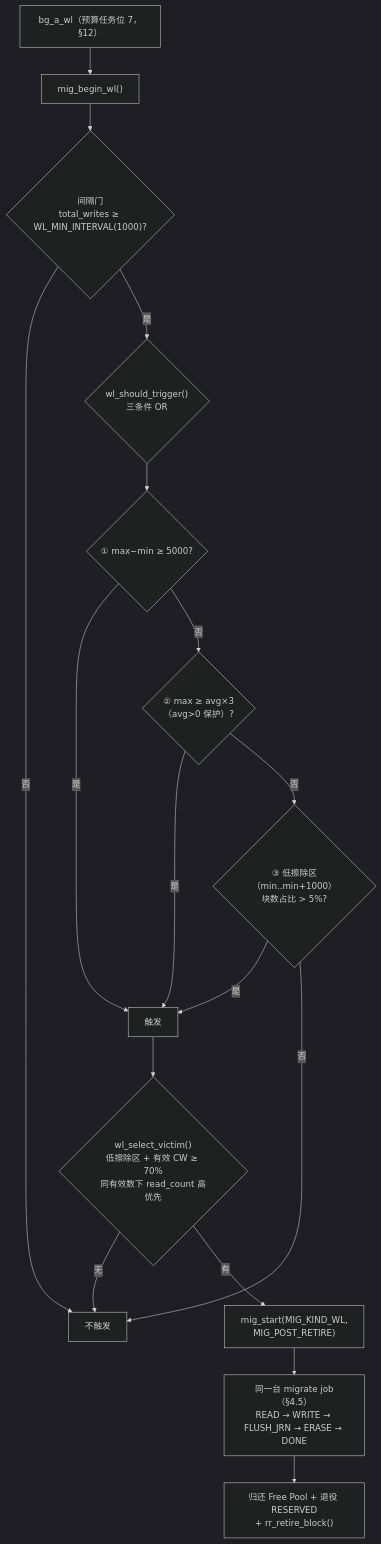
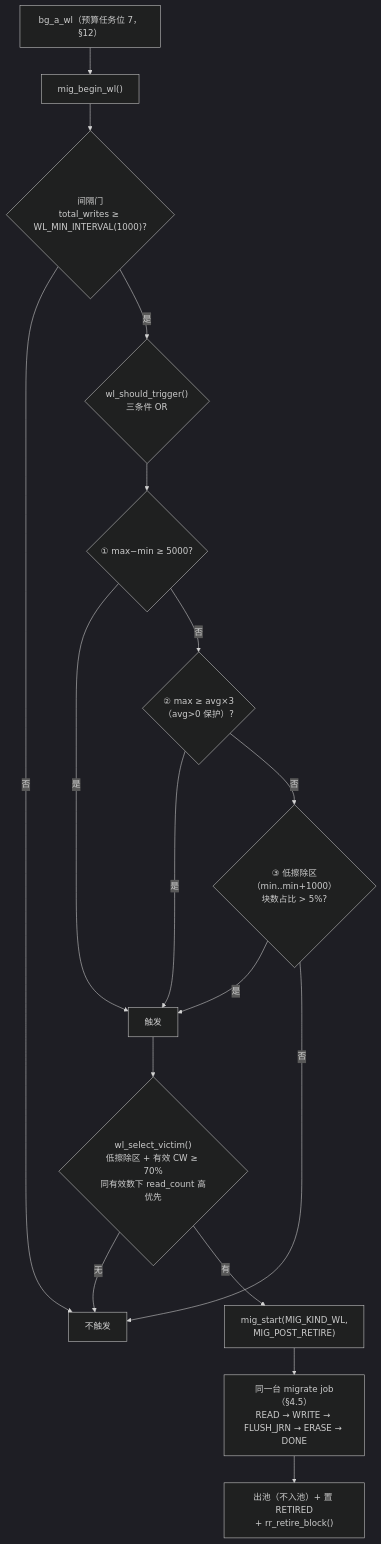
One commit to YzYMIAO/BASESSD changed the seventh of 17 diagrams in docs/design/ftl_design.md. Above: the diagram before and after it, drawn with Mermaid (dark theme). The commit also changed other lines of this file and 29 other files, not shown here.

First line of the commit message:
refactor(ftl): 块状态位图拍平为互斥枚举 + 声明就近 + super_block 改名 is_open

````diff
--- a/docs/design/ftl_design.md
+++ b/docs/design/ftl_design.md
@@ -1426,19 +1515,19 @@
 ```mermaid
 flowchart TD
     WL["bg_a_wl（预算任务位 7，§12）"] --> BEGIN["mig_begin_wl()"]
     BEGIN --> GATE{"间隔门<br/>total_writes ≥ WL_MIN_INTERVAL(1000)?"}
     GATE -- 否 --> NONE["不触发"]
     GATE -- 是 --> TRIG{"wl_should_trigger()<br/>三条件 OR"}
     TRIG --> C1{"① max−min ≥ 5000?"}
     C1 -- 是 --> HIT
     C1 -- 否 --> C2{"② max ≥ avg×3<br/>（avg>0 保护）?"}
     C2 -- 是 --> HIT
     C2 -- 否 --> C3{"③ 低擦除区（min..min+1000）<br/>块数占比 > 5%?"}
     C3 -- 是 --> HIT
     C3 -- 否 --> NONE
     HIT["触发"] --> VICT{"wl_select_victim()<br/>低擦除区 + 有效 CW ≥ 70%<br/>同有效数下 read_count 高优先"}
     VICT -- 无 --> NONE
     VICT -- 有 --> MIG["mig_start(MIG_KIND_WL,<br/>MIG_POST_RETIRE)"]
     MIG --> SAME["同一台 migrate job（§4.5）<br/>READ → WRITE → FLUSH_JRN → ERASE → DONE"]
-    SAME --> RETIRE["归还 Free Pool + 退役 RESERVED<br/>+ rr_retire_block()"]
+    SAME --> RETIRE["出池（不入池）+ 置 RETIRED<br/>+ rr_retire_block()"]
 ```
````
